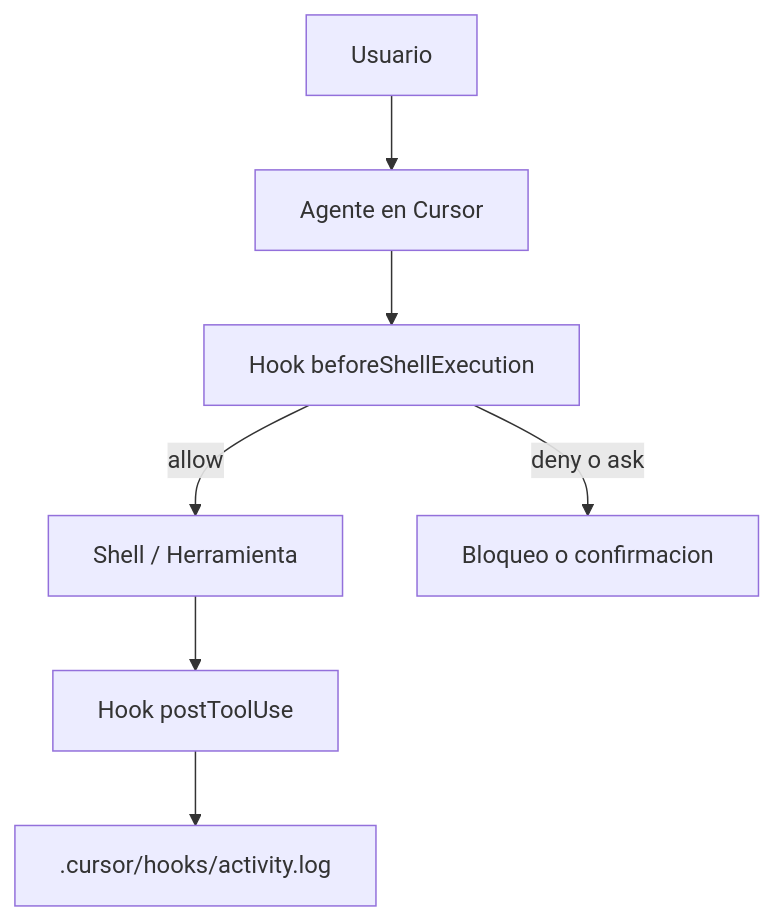
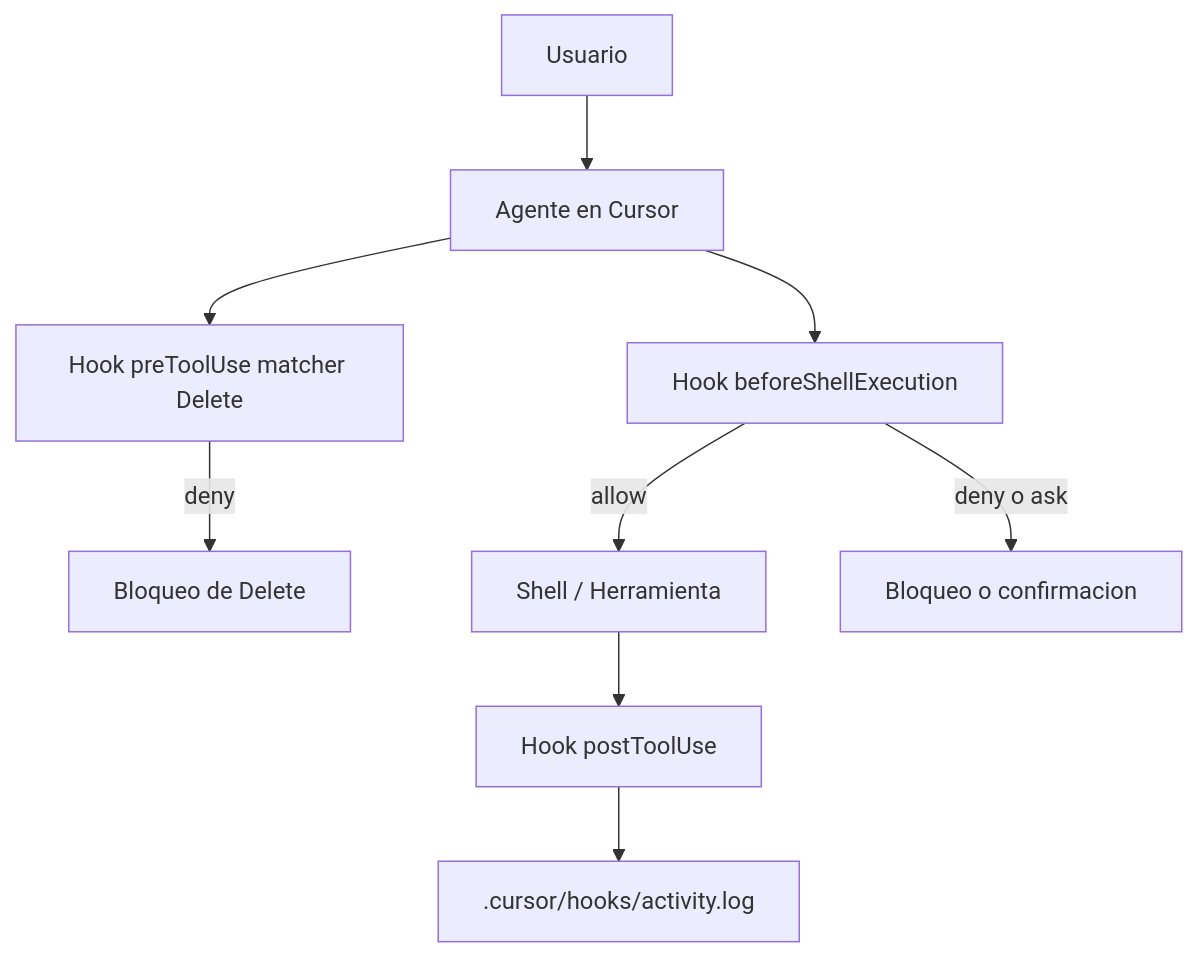
One commit to HectorAndradeBayteq/taller-sdd changed the diagram in etapa-1/laboratorios/hooks/README.md. Above: the diagram before and after it, drawn with Mermaid. The commit also changed other lines of this file and 2 other files, not shown here.

````diff
--- a/etapa-1/laboratorios/hooks/README.md
+++ b/etapa-1/laboratorios/hooks/README.md
@@ -78,9 +131,11 @@
 ```mermaid
 flowchart TD
     U[Usuario] --> A[Agente en Cursor]
+    A --> D[Hook preToolUse matcher Delete]
+    D -->|deny| X1[Bloqueo de Delete]
     A --> B[Hook beforeShellExecution]
     B -->|allow| S[Shell / Herramienta]
-    B -->|deny o ask| X[Bloqueo o confirmacion]
+    B -->|deny o ask| X2[Bloqueo o confirmacion]
     S --> P[Hook postToolUse]
     P --> L[.cursor/hooks/activity.log]
 ```
````
